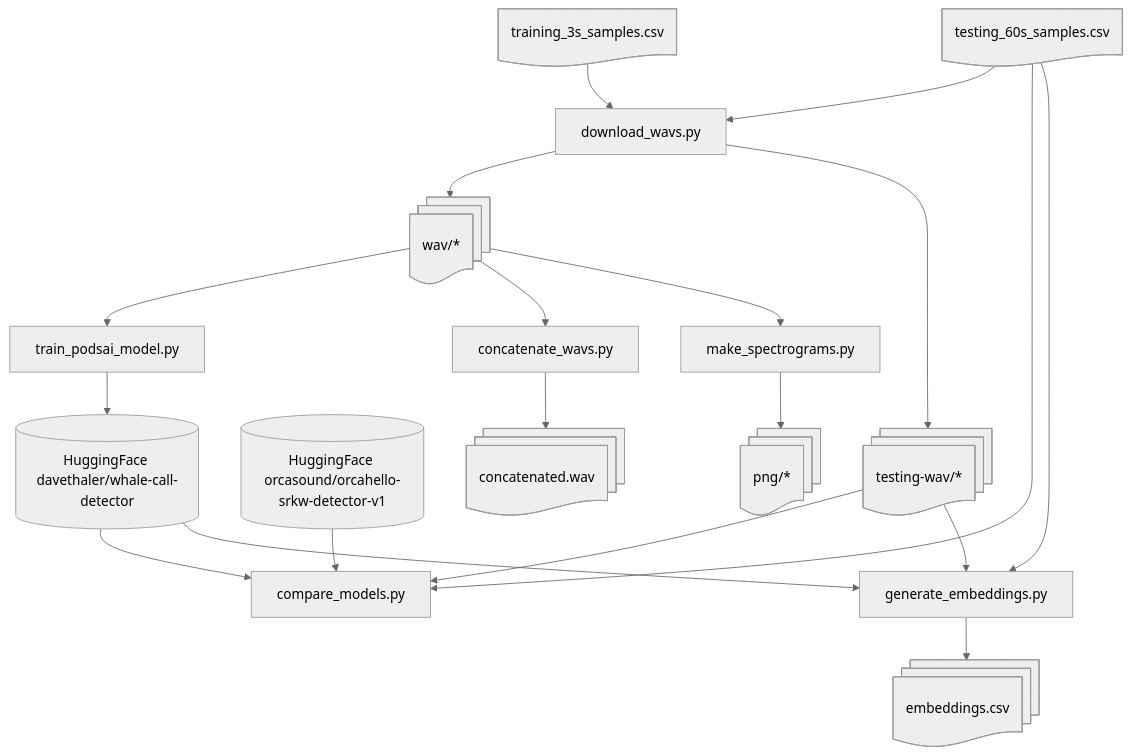
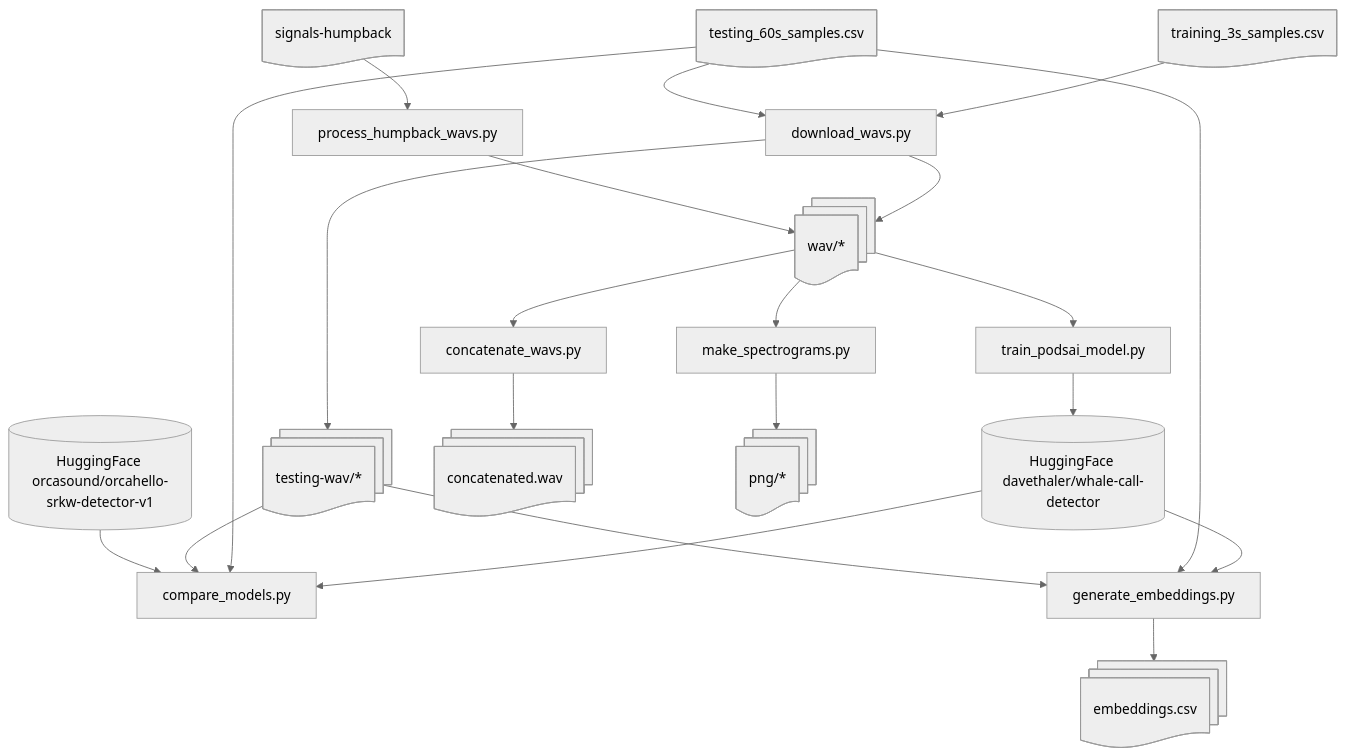
The diagram in README.md (orcasound/pods-ai), drawn with Mermaid (neutral theme) before and after one commit. The commit also changed other lines of this file and 5 other files, not shown here.

Commit message:
feat(training): retain humpback acoustic signals in training dataset pipeline (#412)

````diff
--- a/README.md
+++ b/README.md
@@ -25,35 +25,38 @@
 ```mermaid
 flowchart TD;
     podsaiModel[(HuggingFace davethaler/whale-call-detector)];
     orcaHelloModel[(HuggingFace orcasound/orcahello-srkw-detector-v1)];
     trainingSamples@{ shape: doc, label: "training_3s_samples.csv" };
     testingSamples@{ shape: doc, label: "testing_60s_samples.csv" };
+    signalsHumpback@{ shape: doc, label: "signals-humpback" };
     wav@{ shape: docs, label: "wav/*" };
     testingWav@{ shape: docs, label: "testing-wav/*" };
     concatenated@{ shape: docs, label: "concatenated.wav" };
     png@{ shape: docs, label: "png/*" };
     embeddings@{ shape: docs, label: "embeddings.csv" };
 
     downloadWavs@{ shape: rect, label: "download_wavs.py" };
+    processHumpbackWavs@{ shape: rect, label: "process_humpback_wavs.py" };
     trainPodsaiModel@{ shape: rect, label: "train_podsai_model.py" };
     compareModels@{ shape: rect, label: "compare_models.py" };
     concatenateWavs@{ shape: rect, label: "concatenate_wavs.py" };
     makeSpectrograms@{ shape: rect, label: "make_spectrograms.py" };
     generateEmbeddings@{ shape: rect, label: "generate_embeddings.py" };
 
     trainingSamples-->downloadWavs-->wav;
+    signalsHumpback-->processHumpbackWavs-->wav;
     testingSamples-->downloadWavs-->testingWav;
 
     wav-->trainPodsaiModel-->podsaiModel;
 
     podsaiModel-->compareModels;
     testingSamples-->compareModels;
     testingWav-->compareModels;
     orcaHelloModel-->compareModels;
 
     wav-->concatenateWavs-->concatenated;
     wav-->makeSpectrograms-->png;
     podsaiModel-->generateEmbeddings;
     testingSamples-->generateEmbeddings;
     testingWav-->generateEmbeddings-->embeddings;
 ```
````
